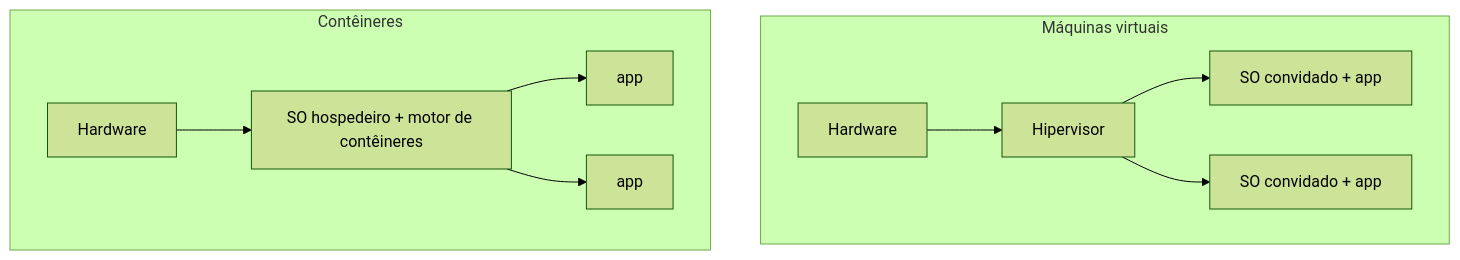
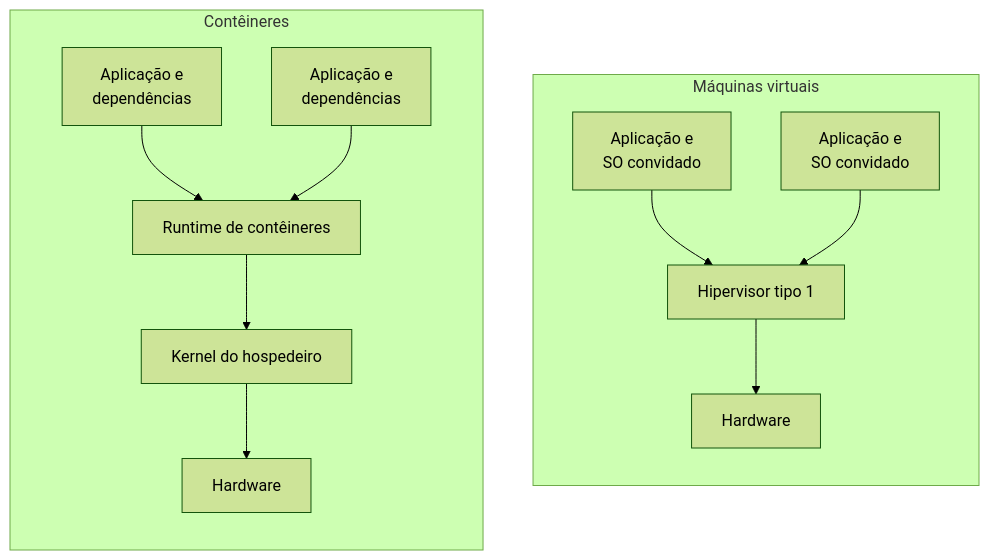
The second of 2 diagrams in content/enade/so-redes-seguranca/computacao-em-nuvem.md (pedrotescaro/Stacklyst), drawn with Mermaid (forest theme) before and after one commit. The commit also changed other lines of this file and 84 other files, not shown here.

Commit message:
feat(enade): redraw study library diagrams

````diff
--- a/content/enade/so-redes-seguranca/computacao-em-nuvem.md
+++ b/content/enade/so-redes-seguranca/computacao-em-nuvem.md
@@ -90,9 +97,16 @@
-```mermaid VMs × contêineres
+```mermaid Hipervisor e kernel compartilhado
 flowchart TB
-  subgraph Máquinas virtuais
-    H1[Hardware] --> HV[Hipervisor] --> VM1[SO convidado + app] & VM2[SO convidado + app]
+  subgraph V["Máquinas virtuais"]
+    direction TB
+    A1["Aplicação e<br/>SO convidado"] --> H["Hipervisor tipo 1"]
+    A2["Aplicação e<br/>SO convidado"] --> H
+    H --> HW1["Hardware"]
   end
-  subgraph Contêineres
-    H2[Hardware] --> OS[SO hospedeiro + motor de contêineres] --> C1[app] & C2[app]
+  subgraph C["Contêineres"]
+    direction TB
+    C1["Aplicação e<br/>dependências"] --> RT["Runtime de contêineres"]
+    C2["Aplicação e<br/>dependências"] --> RT
+    RT --> K["Kernel do hospedeiro"]
+    K --> HW2["Hardware"]
   end
 ```
````
